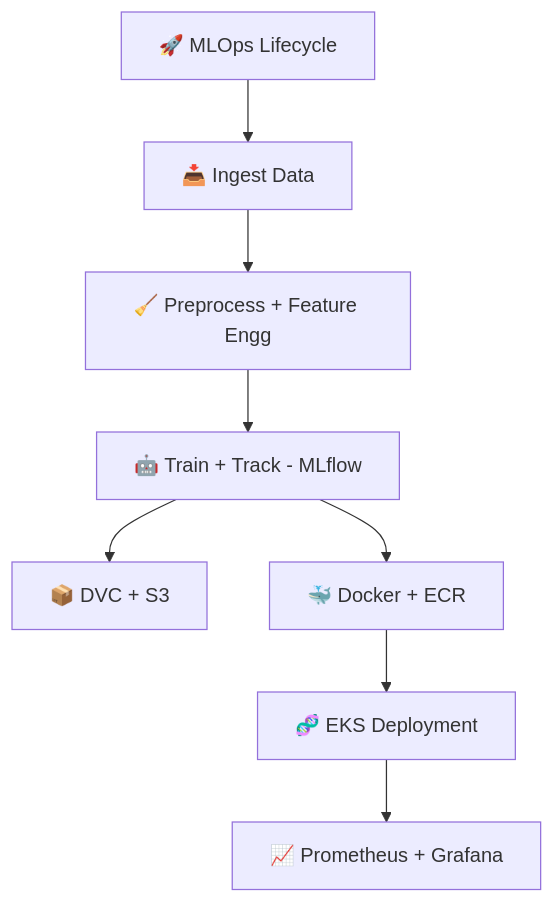
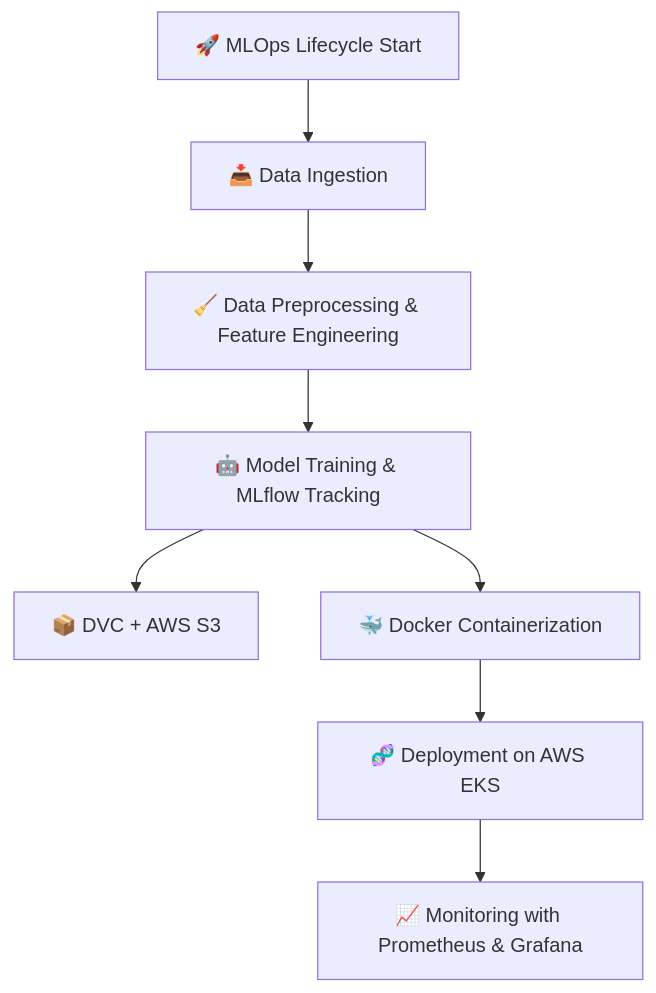
One commit to shrishti-ts/IMDB-Review-Sentiment changed the diagram in README.md. Above: the diagram before and after it, drawn with Mermaid. The commit also changed other lines of this file, not shown here.

````diff
--- a/README.md
+++ b/README.md
@@ -47,26 +51,14 @@
 ```mermaid
-flowchart TB
-  CENTER["🚀 MLOps Lifecycle"]
+flowchart TD
+    START["🚀 MLOps Lifecycle Start"]
+    INGEST["📥 Data Ingestion"]
+    PREPROCESS["🧹 Data Preprocessing & Feature Engineering"]
+    TRAIN["🤖 Model Training & MLflow Tracking"]
+    VERSION["📦 DVC + AWS S3"]
+    CONTAINER["🐳 Docker Containerization"]
+    DEPLOY["🧬 Deployment on AWS EKS"]
+    MONITOR["📈 Monitoring with Prometheus & Grafana"]
 
-  %% Data Pipeline
-  INGEST["📥 Ingest Data"]
-  PREP["🧹 Preprocess + Feature Engg"]
-  MODEL["🤖 Train + Track - MLflow"]
-  VERSION["📦 DVC + S3"]
-
-  %% Deployment
-  DOCKER["🐳 Docker + ECR"]
-  K8S["🧬 EKS Deployment"]
-
-  %% Monitoring
-  MON["📈 Prometheus + Grafana"]
-
-  %% Connections
-  CENTER --> INGEST
-  INGEST --> PREP
-  PREP --> MODEL
-  MODEL --> VERSION
-  MODEL --> DOCKER
-  DOCKER --> K8S
-  K8S --> MON
+    START --> INGEST --> PREPROCESS --> TRAIN --> VERSION
+    TRAIN --> CONTAINER --> DEPLOY --> MONITOR
 ```
````
